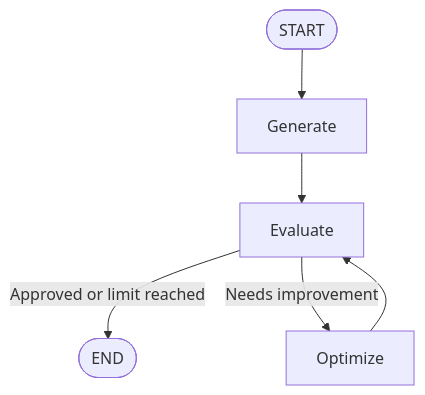
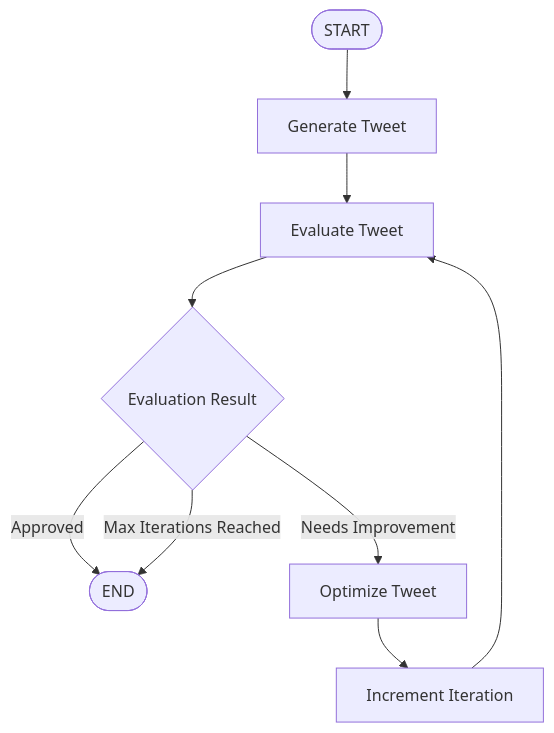
One commit to shivanivemula17/LangGraph_Iterative-workflow_Twitter-Post-Generator changed the diagram in README.md. Above: the diagram before and after it, drawn with Mermaid. The commit also changed other lines of this file, not shown here.

````diff
--- a/README.md
+++ b/README.md
@@ -13,8 +21,11 @@
 ```mermaid
 flowchart TD
-    A([START]) --> B[Generate]
-    B --> C[Evaluate]
-    C -->|Approved or limit reached| D([END])
-    C -->|Needs improvement| E[Optimize]
-    E --> C
+    A([START]) --> B[Generate Tweet]
+    B --> C[Evaluate Tweet]
+    C --> D{Evaluation Result}
+    D -->|Approved| E([END])
+    D -->|Needs Improvement| F[Optimize Tweet]
+    F --> G[Increment Iteration]
+    G --> C
+    D -->|Max Iterations Reached| E
 ```
````
